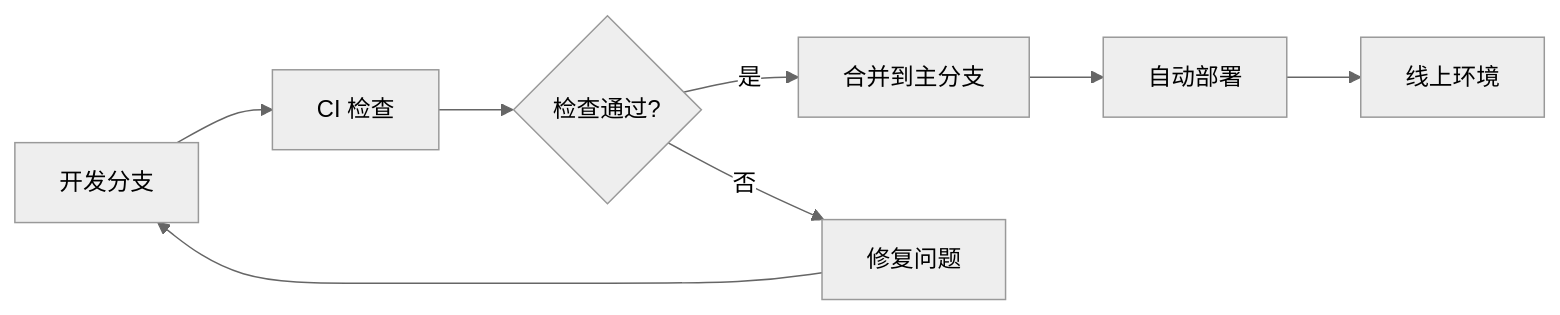
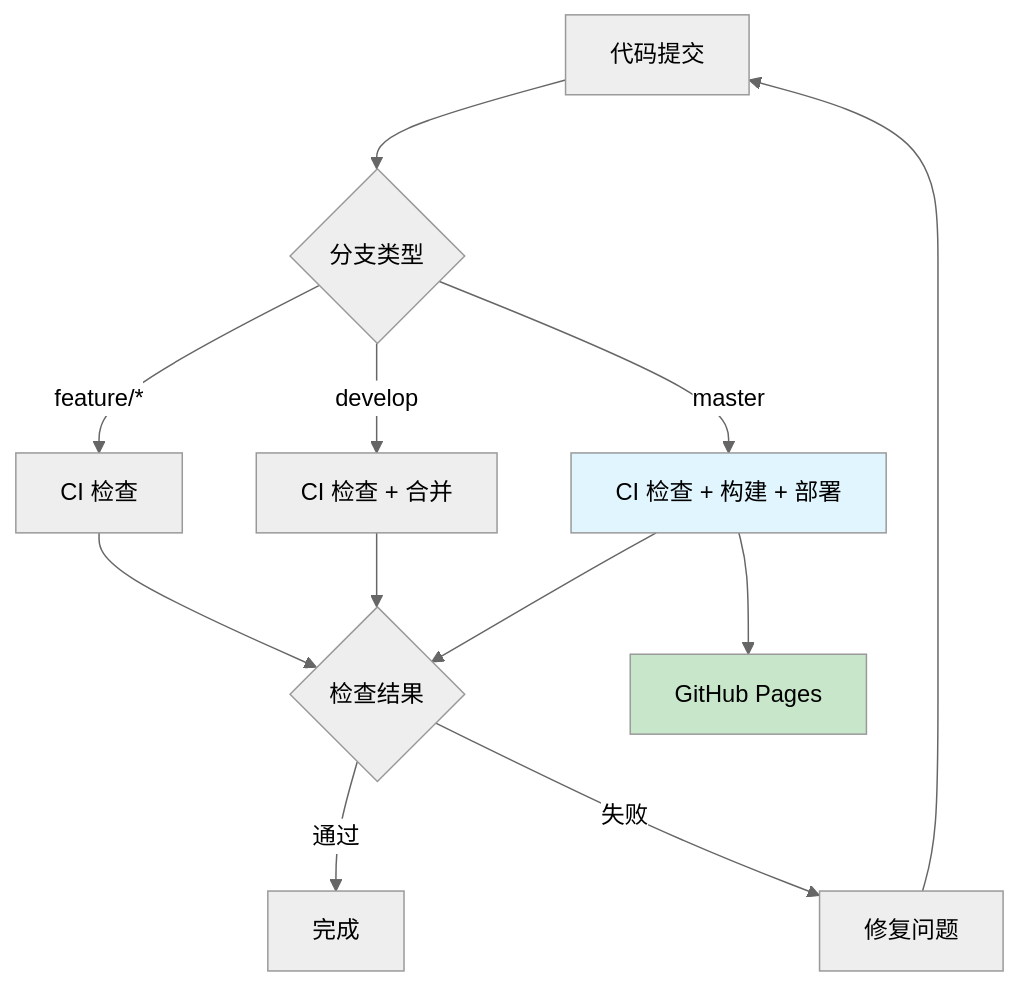
Before and after one commit to Owl23007/simple-my-blog: the diagram in docs/building/CICD配置.md, drawn with Mermaid (neutral theme). The commit also changed other lines of this file and 2 other files, not shown here.

````diff
--- a/docs/building/CICD配置.md
+++ b/docs/building/CICD配置.md
@@ -25,10 +19,20 @@
 ```mermaid
-graph LR
-    A[开发分支] --> B[CI 检查]
-    B --> C{检查通过?}
-    C -->|是| D[合并到主分支]
-    C -->|否| E[修复问题]
-    E --> A
-    D --> F[自动部署]
-    F --> G[线上环境]
+graph TD
+    A[代码提交] --> B{分支类型}
+    B -->|feature/*| C[CI 检查]
+    B -->|develop| D[CI 检查 + 合并]
+    B -->|master| E[CI 检查 + 构建 + 部署]
+
+    C --> F{检查结果}
+    D --> F
+    E --> F
+
+    F -->|通过| G[完成]
+    F -->|失败| H[修复问题]
+    H --> A
+
+    E --> I[GitHub Pages]
+
+    style E fill:#e1f5fe
+    style I fill:#c8e6c9
 ```
````
